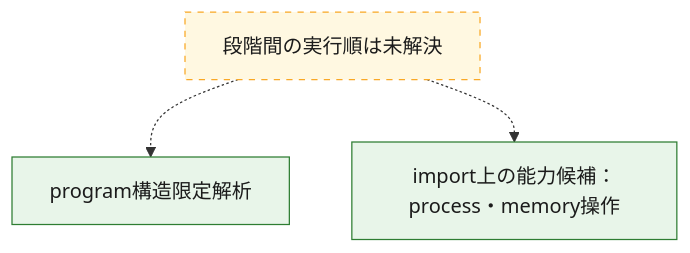
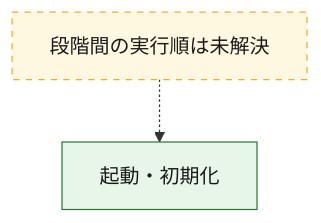
The first of 3 diagrams in analysis-results/malware/vidar/versions/unknown/cases/60129a548307204fed1f4c698e12bc17d941592d81deb163f9fa63f4c6ecb3db/OVERALL-LOGIC.md (proshiba/AI-security-analysis), drawn with Mermaid before and after one commit. The commit also changed other lines of this file and 1743 other files, not shown here.

````diff
--- a/analysis-results/malware/vidar/versions/unknown/cases/60129a548307204fed1f4c698e12bc17d941592d81deb163f9fa63f4c6ecb3db/OVERALL-LOGIC.md
+++ b/analysis-results/malware/vidar/versions/unknown/cases/60129a548307204fed1f4c698e12bc17d941592d81deb163f9fa63f4c6ecb3db/OVERALL-LOGIC.md
@@ -16,12 +16,10 @@
 ```mermaid
 flowchart TD
-  exec_01["program構造限定解析"]
-  exec_02["import上の能力候補：process・memory操作"]
+  exec_01["起動・初期化"]
   exec_unknown["段階間の実行順は未解決"]
   exec_unknown -.-> exec_01
-  exec_unknown -.-> exec_02
   class exec_unknown unresolved
-  class exec_01,exec_02 confirmed
+  class exec_01 confirmed
   classDef confirmed fill:#e8f5e9,stroke:#2e7d32,color:#1b1b1b
   classDef unresolved fill:#fff8e1,stroke:#f9a825,color:#1b1b1b,stroke-dasharray:5 5
 ```
````
